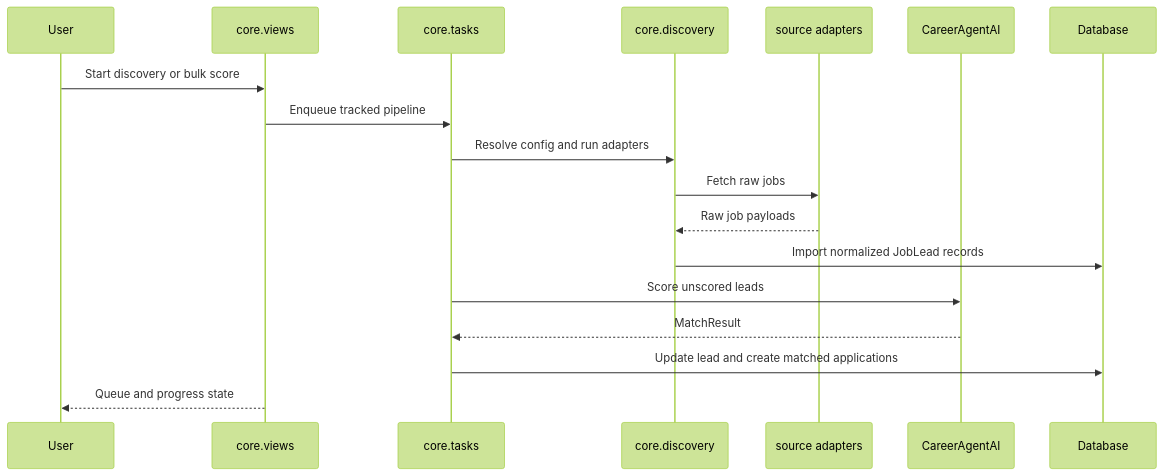
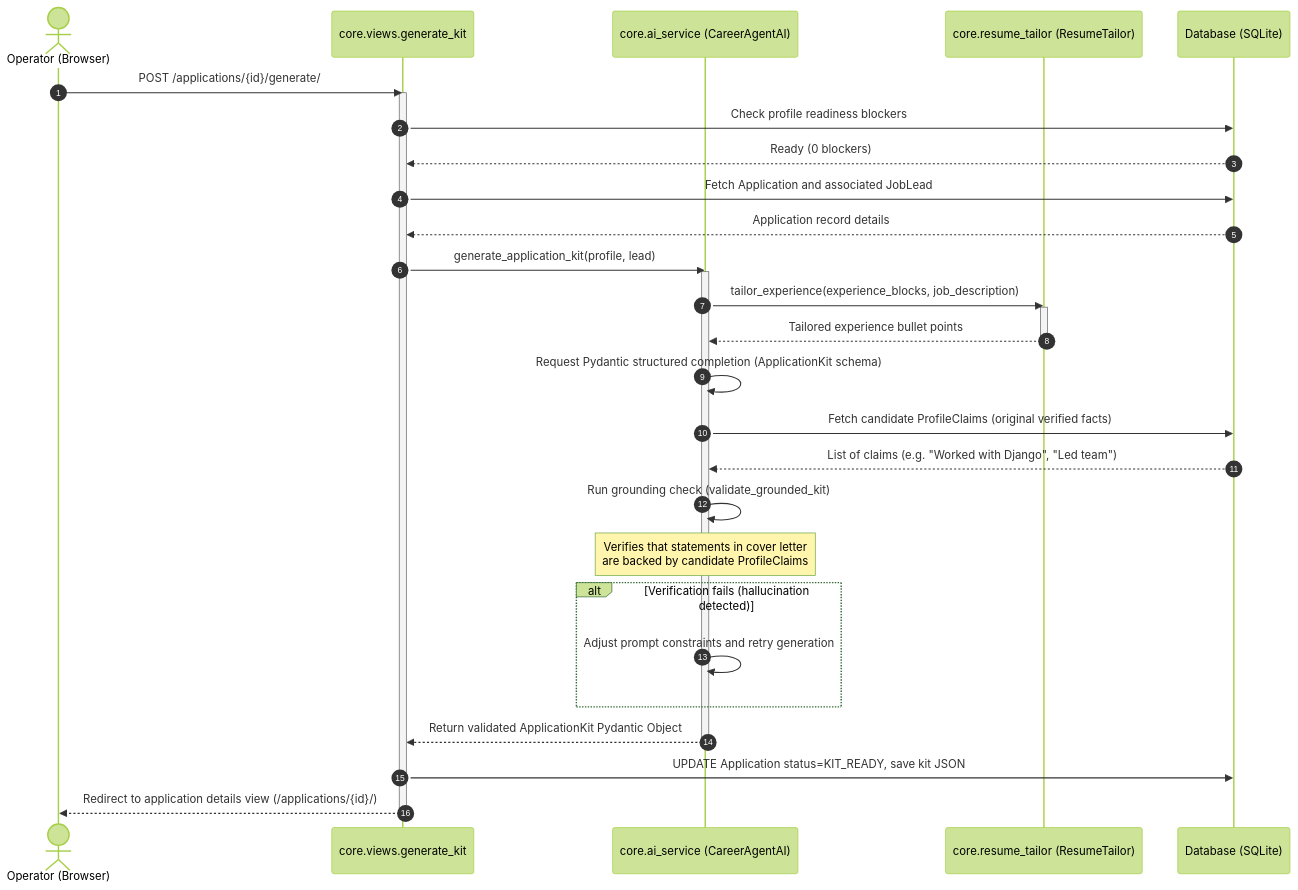
One commit to ArPaN-DS/JobScout-AI changed the third of 5 diagrams in docs/DATA_FLOW.md. Above: the diagram before and after it, drawn with Mermaid (forest theme). The commit also changed other lines of this file, not shown here.

Commit message:
docs: update data flow sequence diagrams and resilience guides

````diff
--- a/docs/DATA_FLOW.md
+++ b/docs/DATA_FLOW.md
@@ -35,21 +147,42 @@
 ```mermaid
 sequenceDiagram
-    participant User
-    participant Views as core.views
-    participant Tasks as core.tasks
-    participant Discovery as core.discovery
-    participant Sources as source adapters
-    participant AI as CareerAgentAI
-    participant DB as Database
+    autonumber
+    actor User as Operator (Browser)
+    participant Views as core.views.generate_kit
+    participant AI as core.ai_service (CareerAgentAI)
+    participant Tailor as core.resume_tailor (ResumeTailor)
+    participant DB as Database (SQLite)
 
-    User->>Views: Start discovery or bulk score
-    Views->>Tasks: Enqueue tracked pipeline
-    Tasks->>Discovery: Resolve config and run adapters
-    Discovery->>Sources: Fetch raw jobs
-    Sources-->>Discovery: Raw job payloads
-    Discovery->>DB: Import normalized JobLead records
-    Tasks->>AI: Score unscored leads
-    AI-->>Tasks: MatchResult
-    Tasks->>DB: Update lead and create matched applications
-    Views-->>User: Queue and progress state
+    User->>Views: POST /applications/{id}/generate/
+    activate Views
+    Views->>DB: Check profile readiness blockers
+    DB-->>Views: Ready (0 blockers)
+    Views->>DB: Fetch Application and associated JobLead
+    DB-->>Views: Application record details
+
+    Views->>AI: generate_application_kit(profile, lead)
+    activate AI
+    
+    AI->>Tailor: tailor_experience(experience_blocks, job_description)
+    activate Tailor
+    Tailor-->>AI: Tailored experience bullet points
+    deactivate Tailor
+
+    AI->>AI: Request Pydantic structured completion (ApplicationKit schema)
+    AI->>DB: Fetch candidate ProfileClaims (original verified facts)
+    DB-->>AI: List of claims (e.g. "Worked with Django", "Led team")
+    
+    AI->>AI: Run grounding check (validate_grounded_kit)
+    Note over AI: Verifies that statements in cover letter<br/>are backed by candidate ProfileClaims
+    
+    alt Verification fails (hallucination detected)
+        AI->>AI: Adjust prompt constraints and retry generation
+    end
+
+    AI-->>Views: Return validated ApplicationKit Pydantic Object
+    deactivate AI
+
+    Views->>DB: UPDATE Application status=KIT_READY, save kit JSON
+    Views-->>User: Redirect to application details view (/applications/{id}/)
+    deactivate Views
 ```
````
